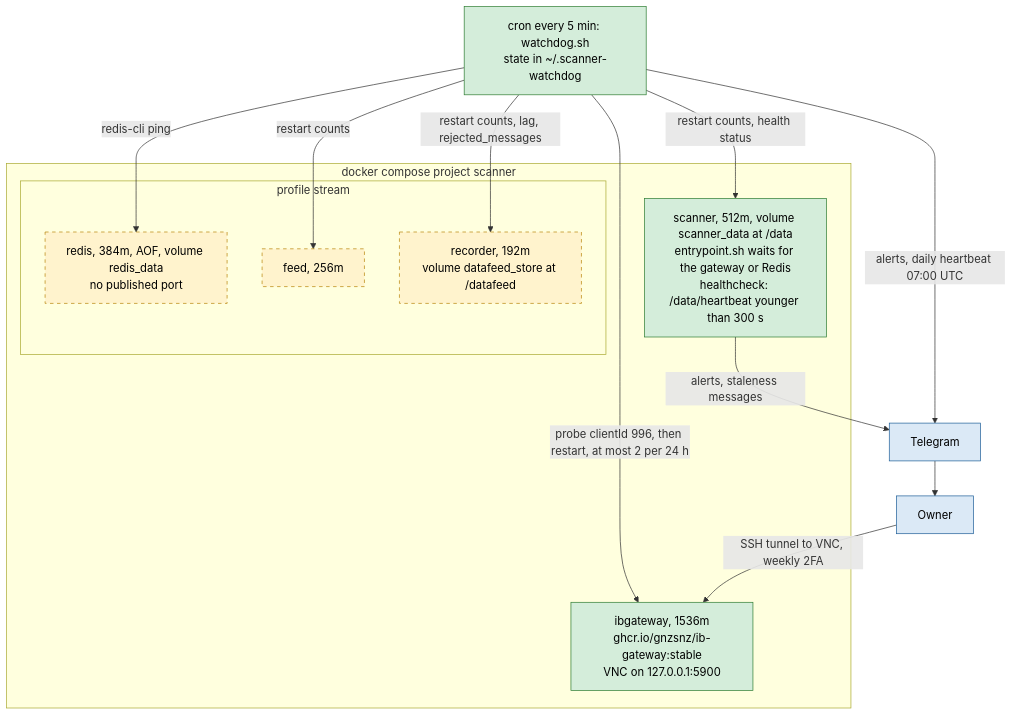
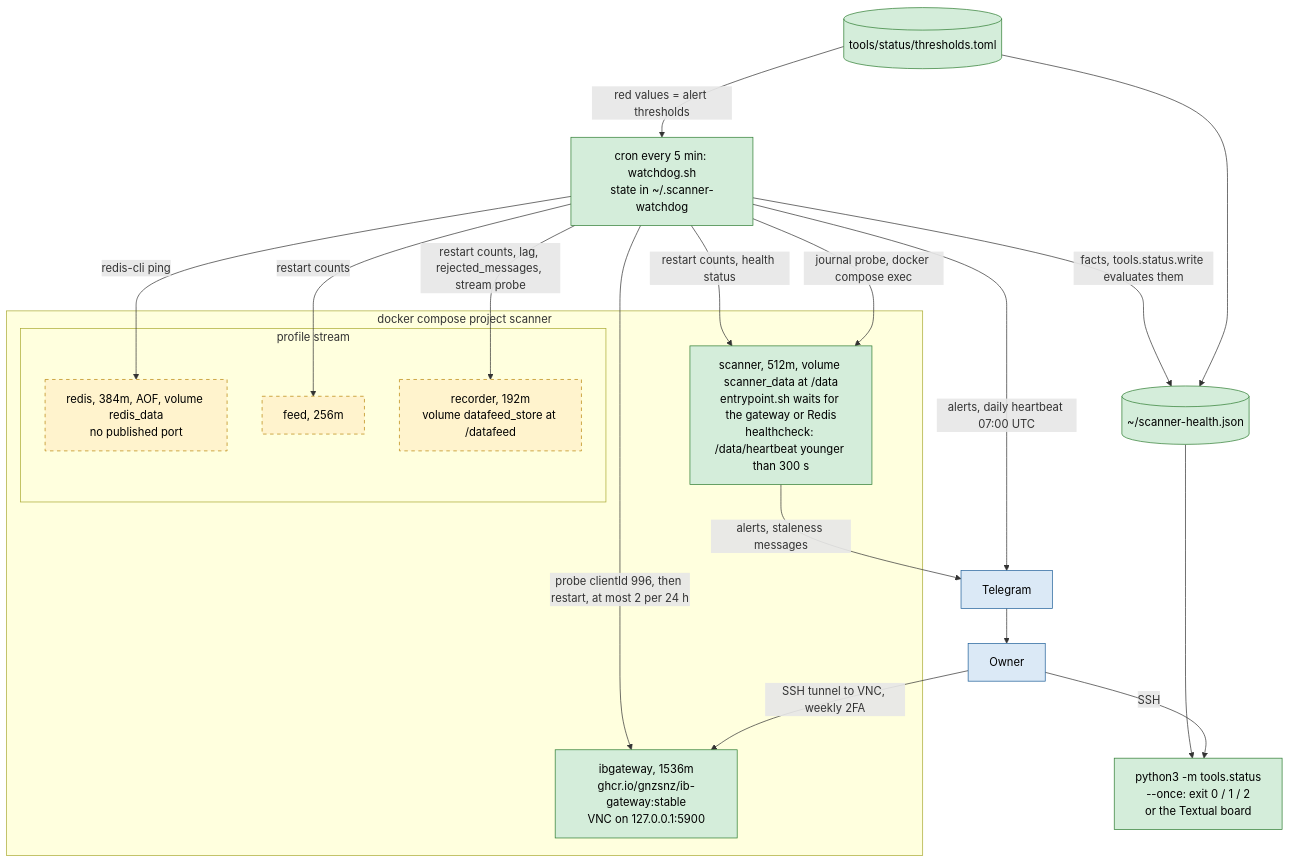
Before and after one commit to QBKFD/OPARLI-LLM-FORWARD: diagram 11 of 12 in docs/ARCHITECTURE_CURRENT.md, drawn with Mermaid. The commit also changed other lines of this file and 1 other file, not shown here.

First line of the commit message:
docs: ARCHITECTURE_CURRENT and README to main @ e194cb7, agents v2 diagrams

````diff
--- a/docs/ARCHITECTURE_CURRENT.md
+++ b/docs/ARCHITECTURE_CURRENT.md
@@ -386,32 +567,41 @@
 ```mermaid
 flowchart TB
   WD["cron every 5 min: watchdog.sh<br/>state in ~/.scanner-watchdog"]
+  TH[("tools/status/thresholds.toml")]
+  HJ[("~/scanner-health.json")]
+  STB["python3 -m tools.status<br/>--once: exit 0 / 1 / 2<br/>or the Textual board"]
   subgraph COMPOSE["docker compose project scanner"]
     GW["ibgateway, 1536m<br/>ghcr.io/gnzsnz/ib-gateway:stable<br/>VNC on 127.0.0.1:5900"]
     SC["scanner, 512m, volume scanner_data at /data<br/>entrypoint.sh waits for the gateway or Redis<br/>healthcheck: /data/heartbeat younger than 300 s"]
     subgraph PROF["profile stream"]
       RD["redis, 384m, AOF, volume redis_data<br/>no published port"]
       FD["feed, 256m"]
       RC["recorder, 192m<br/>volume datafeed_store at /datafeed"]
     end
   end
   TG["Telegram"]
   OWNER["Owner"]
 
   WD -->|"probe clientId 996, then restart, at most 2 per 24 h"| GW
   WD -->|"restart counts, health status"| SC
   WD -->|"redis-cli ping"| RD
   WD -->|"restart counts"| FD
-  WD -->|"restart counts, lag, rejected_messages"| RC
+  WD -->|"restart counts, lag, rejected_messages, stream probe"| RC
   WD -->|"alerts, daily heartbeat 07:00 UTC"| TG
   SC -->|"alerts, staleness messages"| TG
   TG --> OWNER
   OWNER -->|"SSH tunnel to VNC, weekly 2FA"| GW
+  TH -->|"red values = alert thresholds"| WD
+  WD -->|"journal probe, docker compose exec"| SC
+  WD -->|"facts, tools.status.write evaluates them"| HJ
+  TH --> HJ
+  HJ --> STB
+  OWNER -->|"SSH"| STB
 
   classDef prod fill:#d4edda,stroke:#2e7d32,color:#000
   classDef optin fill:#fff3cd,stroke:#b8860b,stroke-dasharray:5 5,color:#000
   classDef ext fill:#dbe9f6,stroke:#1f5f99,color:#000
-  class GW,SC,WD prod
+  class GW,SC,WD,TH,HJ,STB prod
   class RD,FD,RC optin
   class TG,OWNER ext
 ```
````
